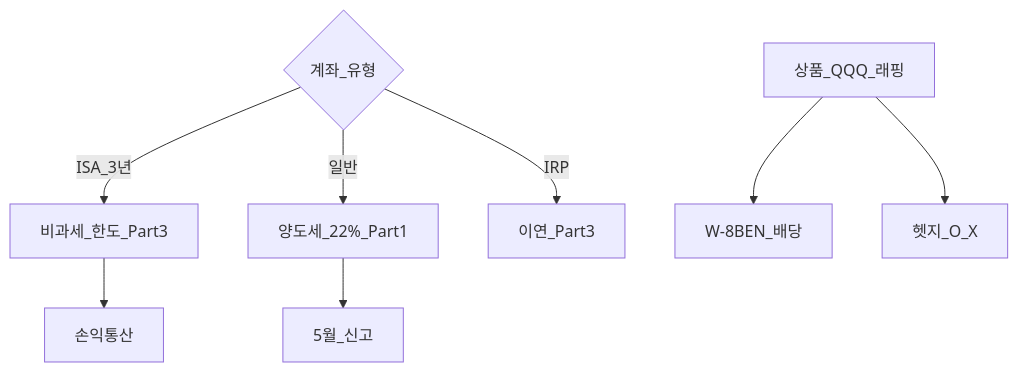
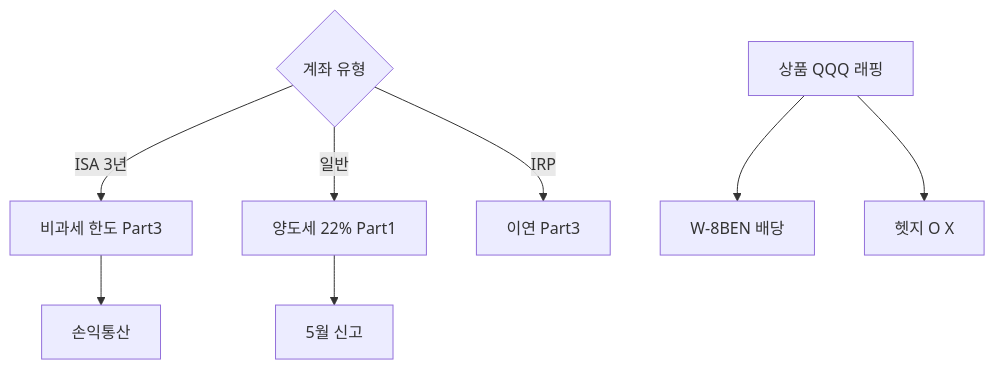
Before and after one commit to goldanghenry/Finances: the fifth of 5 diagrams in 03-markets/overseas-tax-fx-hedging.md, drawn with Mermaid. The commit also changed other lines of this file and 211 other files, not shown here.

````diff
--- a/03-markets/overseas-tax-fx-hedging.md
+++ b/03-markets/overseas-tax-fx-hedging.md
@@ -215,11 +221,11 @@
 ```mermaid
 flowchart TD
-  Acct{계좌_유형}
-  Acct -->|ISA_3년| ISA[비과세_한도_Part3]
-  Acct -->|일반| Gen[양도세_22%_Part1]
-  Acct -->|IRP| IRP[이연_Part3]
-  Prod[상품_QQQ_래핑] --> W8[W-8BEN_배당]
-  Prod --> FXpol[헷지_O_X]
+  Acct{"계좌 유형"}
+  Acct -->|"ISA 3년"| ISA["비과세 한도 Part3"]
+  Acct -->|일반| Gen["양도세 22% Part1"]
+  Acct -->|IRP| IRP["이연 Part3"]
+  Prod["상품 QQQ 래핑"] --> W8["W-8BEN 배당"]
+  Prod --> FXpol["헷지 O X"]
   ISA --> Net[손익통산]
-  Gen --> May[5월_신고]
+  Gen --> May["5월 신고"]
 ```
````
